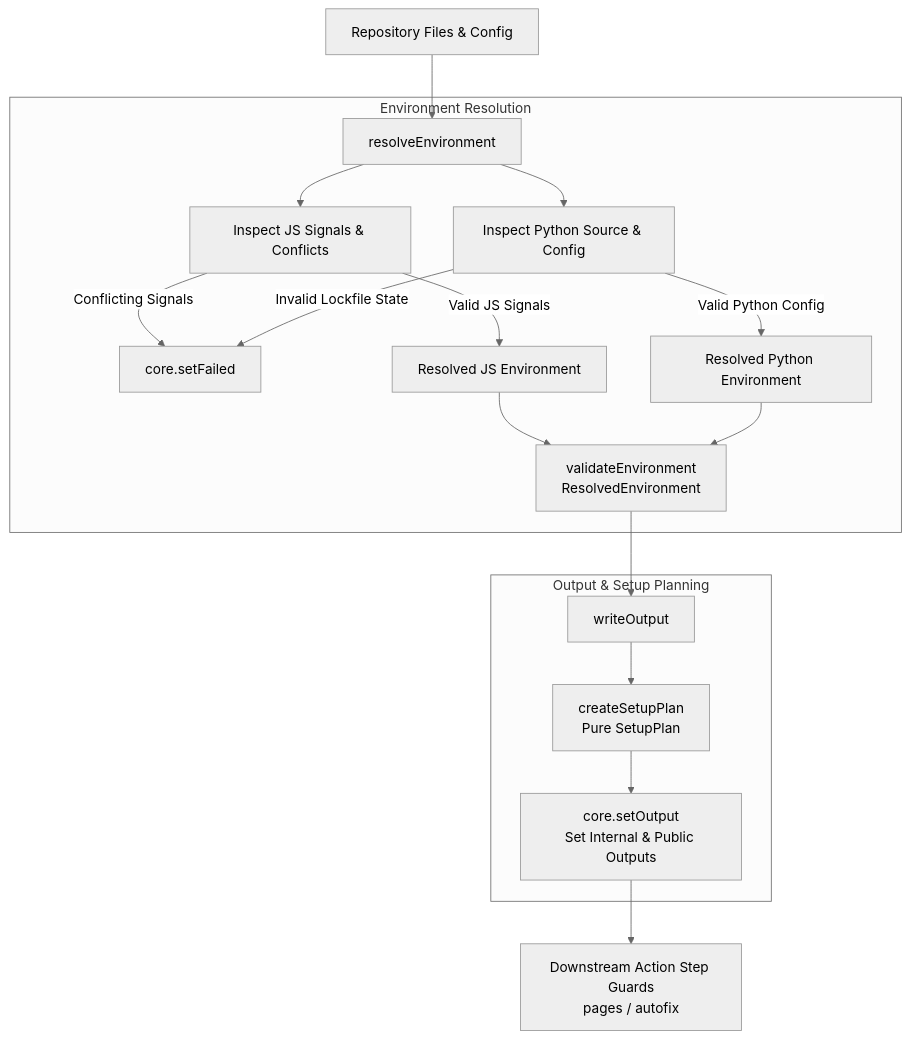
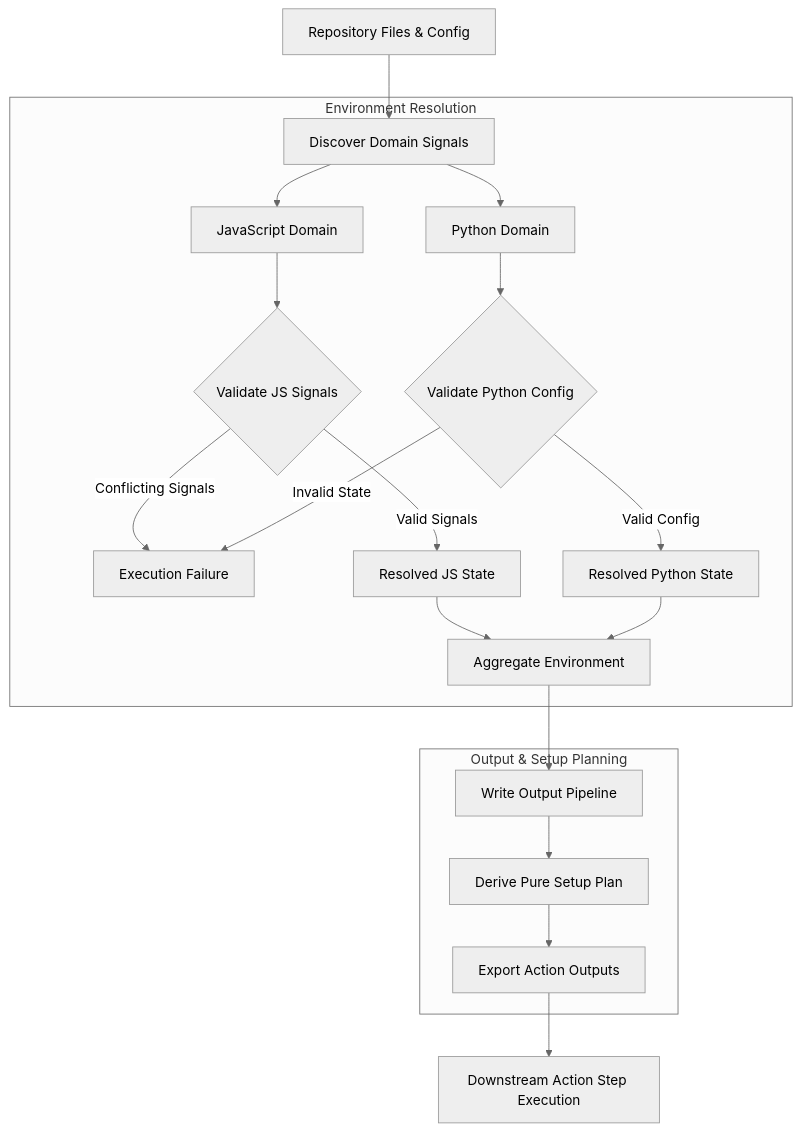
The diagram in docs/environment-resolution.md (area44/workflows), drawn with Mermaid (neutral theme) before and after one commit. The commit also changed other lines of this file and 2 other files, not shown here.

First line of the commit message:
docs: refine environment resolution guide and simplify action READMEs

````diff
--- a/docs/environment-resolution.md
+++ b/docs/environment-resolution.md
@@ -29,26 +29,29 @@
 ```mermaid
 flowchart TD
-    A[Repository Files & Config] --> B[resolveEnvironment]
+    A[Repository Files & Config] --> B[Discover Domain Signals]
 
     subgraph Environment Resolution
-        B --> C1[Inspect JS Signals & Conflicts]
-        B --> C2[Inspect Python Source & Config]
+        B --> C1[JavaScript Domain]
+        B --> C2[Python Domain]
 
-        C1 -- Conflicting Signals --> FAIL[core.setFailed]
-        C2 -- Invalid Lockfile State --> FAIL
+        C1 --> D1{Validate JS Signals}
+        C2 --> D2{Validate Python Config}
 
-        C1 -- Valid JS Signals --> D1[Resolved JS Environment]
-        C2 -- Valid Python Config --> D2[Resolved Python Environment]
+        D1 -- Conflicting Signals --> FAIL[Execution Failure]
+        D2 -- Invalid State --> FAIL
 
-        D1 --> E[validateEnvironment\nResolvedEnvironment]
-        D2 --> E
+        D1 -- Valid Signals --> E1[Resolved JS State]
+        D2 -- Valid Config --> E2[Resolved Python State]
+
+        E1 --> F[Aggregate Environment]
+        E2 --> F
     end
 
     subgraph Output & Setup Planning
-        E --> F[writeOutput]
-        F --> G[createSetupPlan\nPure SetupPlan]
-        G --> H[core.setOutput\nSet Internal & Public Outputs]
+        F --> G[Write Output Pipeline]
+        G --> H[Derive Pure Setup Plan]
+        H --> I[Export Action Outputs]
     end
 
-    H --> I[Downstream Action Step Guards\npages / autofix]
+    I --> J[Downstream Action Step Execution]
 ```
````
